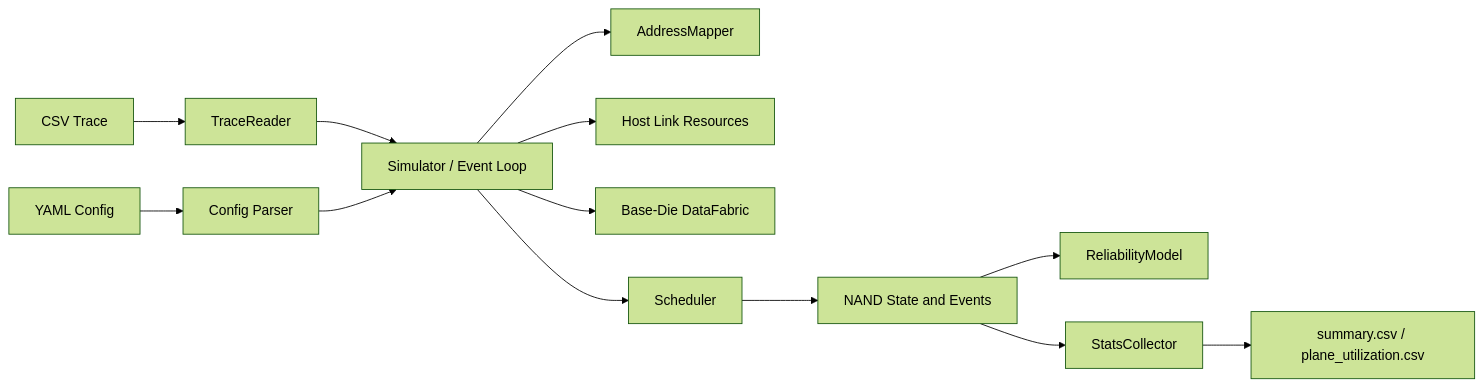
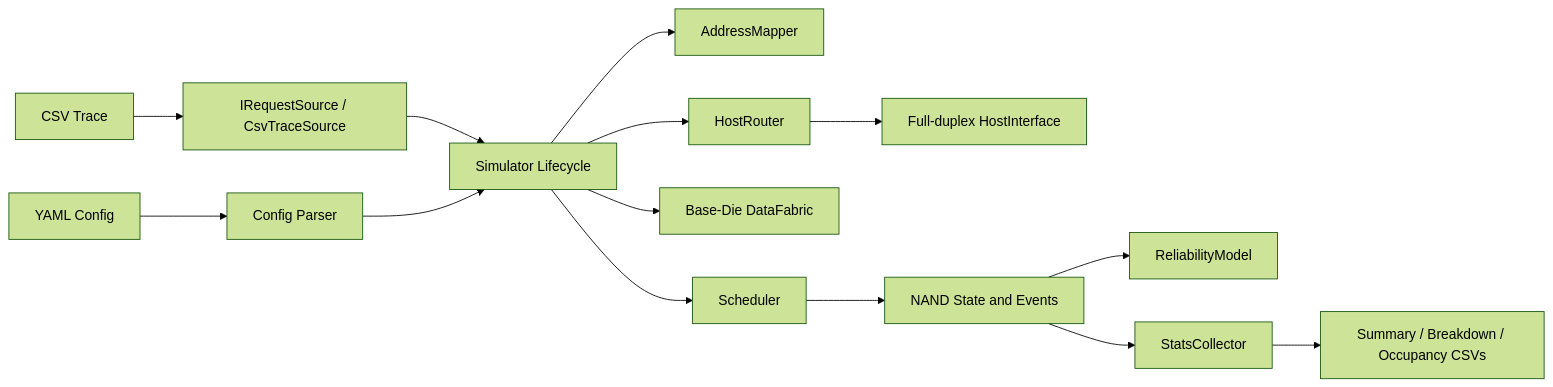
One commit to litao1991/hbfsim changed the first of 3 diagrams in docs/ARCHITECTURE.md. Above: the diagram before and after it, drawn with Mermaid (forest theme). The commit also changed other lines of this file and 55 other files, not shown here.

Commit message:
feat: harden HBFSim v0.1.1 architecture and metrics

````diff
--- a/docs/ARCHITECTURE.md
+++ b/docs/ARCHITECTURE.md
@@ -17,15 +17,16 @@
 ```mermaid
 flowchart LR
-    T[CSV Trace] --> TR[TraceReader]
+    T[CSV Trace] --> TR[IRequestSource / CsvTraceSource]
     C[YAML Config] --> CR[Config Parser]
-    TR --> S[Simulator / Event Loop]
+    TR --> S[Simulator Lifecycle]
     CR --> S
     S --> M[AddressMapper]
-    S --> H[Host Link Resources]
+    S --> HR[HostRouter]
+    HR --> H[Full-duplex HostInterface]
     S --> F[Base-Die DataFabric]
     S --> Q[Scheduler]
     Q --> N[NAND State and Events]
     N --> R[ReliabilityModel]
     N --> ST[StatsCollector]
-    ST --> O[summary.csv / plane_utilization.csv]
+    ST --> O[Summary / Breakdown / Occupancy CSVs]
 ```
````
